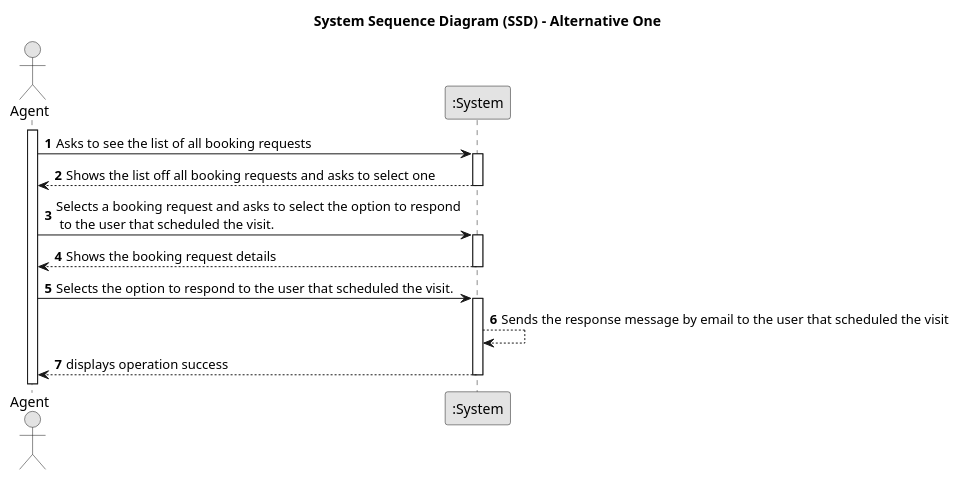
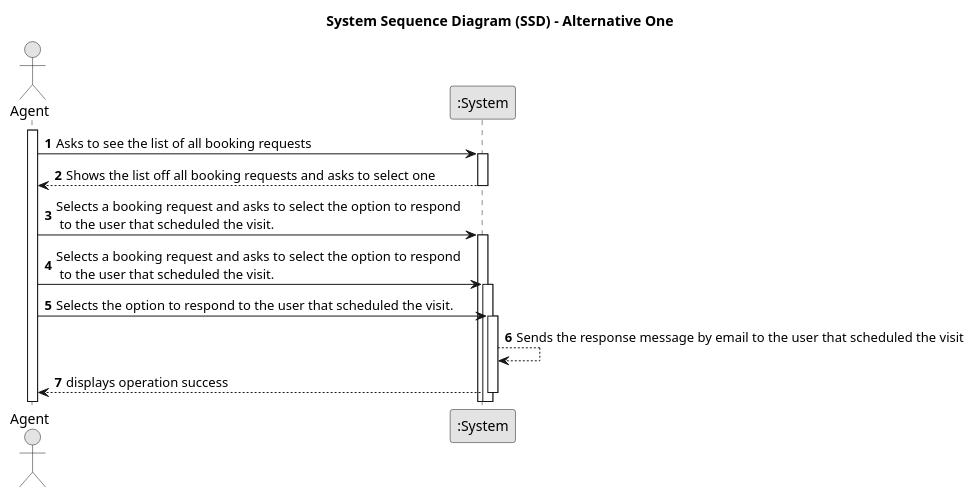
Before and after one commit to 1220812/LAPR2: the diagram in docs/sprintD/us016/01.requirements-engineering/puml/us016-system-sequence-diagram.puml, drawn with PlantUML. The commit also changed 6 other files, not shown here.

Commit message:
US016- Corrected the system sequence diagram and domain model. Completed the Read Me's.

```diff
--- a/docs/sprintD/us016/01.requirements-engineering/puml/us016-system-sequence-diagram.puml
+++ b/docs/sprintD/us016/01.requirements-engineering/puml/us016-system-sequence-diagram.puml
@@ -1,40 +1,41 @@
 @startuml
 skinparam monochrome true
 skinparam packageStyle rectangle
 skinparam shadowing false
 
 title System Sequence Diagram (SSD) - Alternative One
 
 autonumber
 
 actor "Agent" as Employee
 participant ":System" as System
 
 activate Employee
 
     Employee -> System : Asks to see the list of all booking requests
 
     activate System
 
     System --> Employee : Shows the list off all booking requests and asks to select one
 
     deactivate System
 
     Employee -> System : Selects a booking request and asks to select the option to respond\n to the user that scheduled the visit.
 
     activate System
 
-    System --> Employee : Shows the booking request details
+     Employee -> System : Selects a booking request and asks to select the option to respond\n to the user that scheduled the visit.
 
-    deactivate System
+     activate System
 
     Employee -> System : Selects the option to respond to the user that scheduled the visit.
+
     activate System
 
     System --> System : Sends the response message by email to the user that scheduled the visit
 
     System --> Employee : displays operation success
 
     deactivate System
 
 @enduml
```
